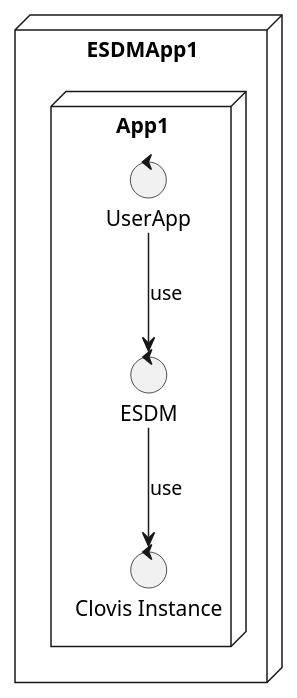
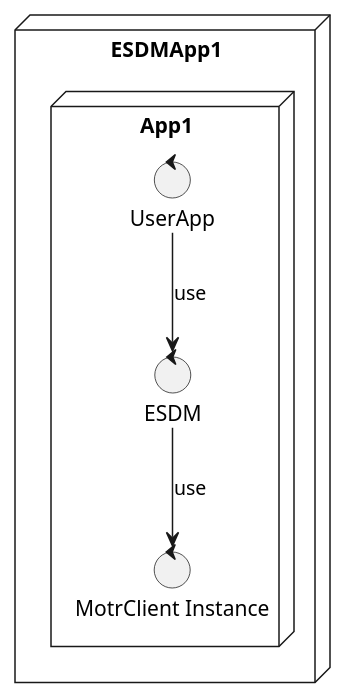
Before and after one commit to ESiWACE/esdm: the diagram in doc/assets/esdm-backends/mero/development.pu, drawn with PlantUML. The commit also changed 17 other files, not shown here.

Commit message:
backends: update code from Mero Clovis to Motr Client

```diff
--- a/doc/assets/esdm-backends/mero/development.pu
+++ b/doc/assets/esdm-backends/mero/development.pu
@@ -1,15 +1,15 @@
 @startuml
 
 node ESDMApp1 {
 	node App1 {
 	control "UserApp"
 	control "ESDM"
-	control "Clovis Instance" as clovis
+	control "MotrClient Instance" as clovis
 	}
 }
 
 UserApp --> ESDM   : use
 ESDM    --> clovis : use
 
 
 @enduml
```
